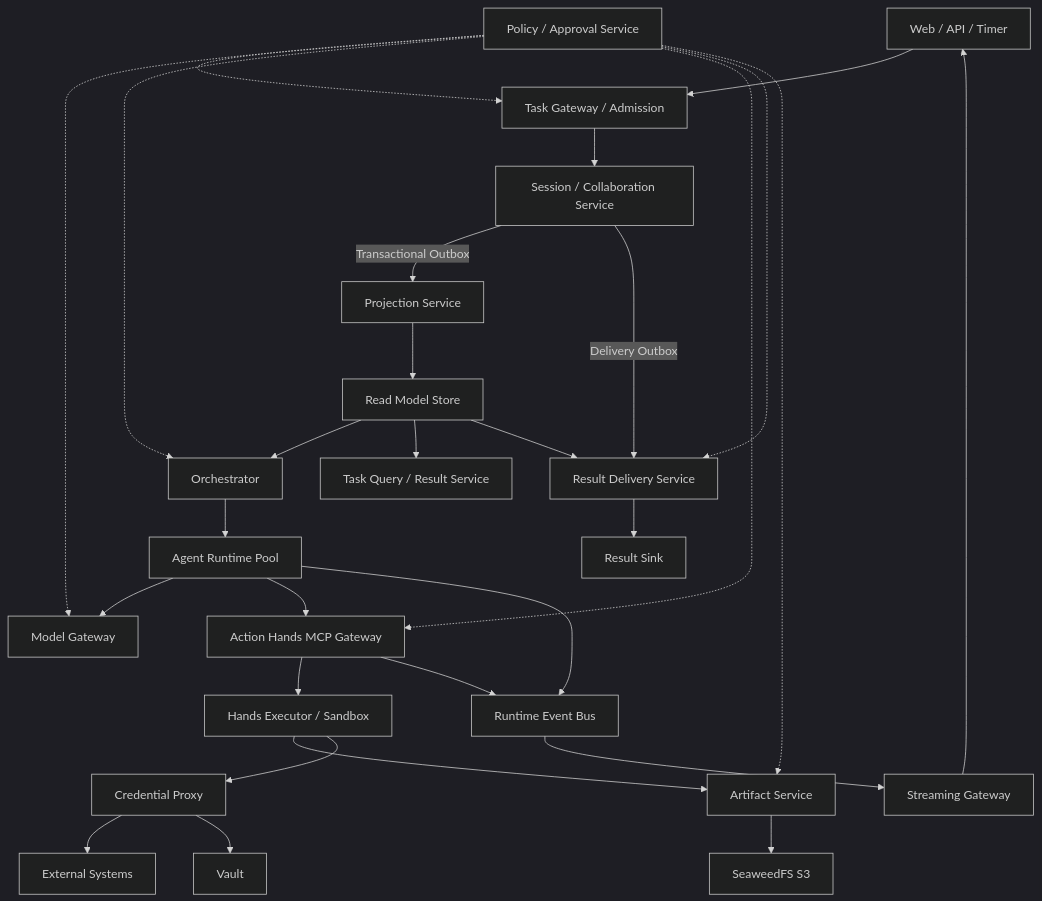
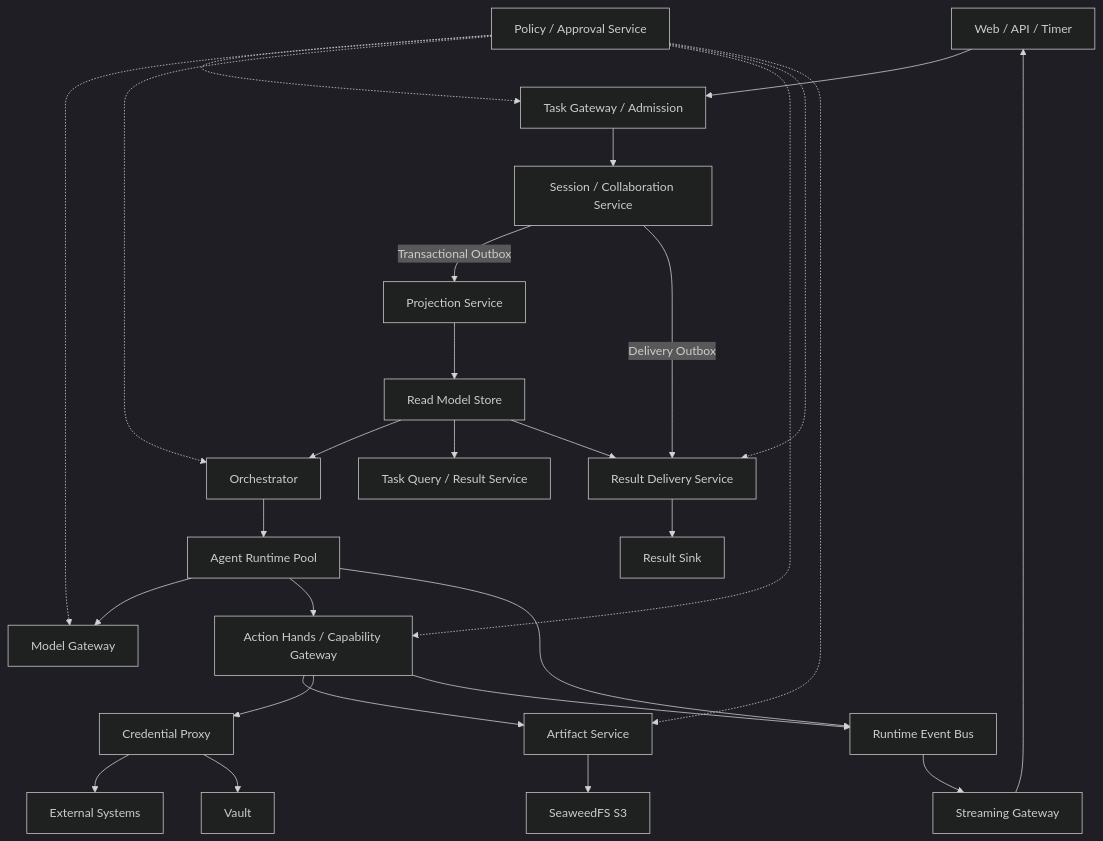
Before and after one commit to sushaofei/AuraClaw: the diagram in docs/architecture/system/00 Managed Agent 系统架构总览.md, drawn with Mermaid (dark theme). The commit also changed other lines of this file and 26 other files, not shown here.

First line of the commit message:
docs(architecture): align component docs with current implementation

````diff
--- a/docs/architecture/system/00 Managed Agent 系统架构总览.md
+++ b/docs/architecture/system/00 Managed Agent 系统架构总览.md
@@ -18,31 +46,30 @@
 ```mermaid
 flowchart TD
     Client[Web / API / Timer] --> TG[Task Gateway / Admission]
     TG --> SS[Session / Collaboration Service]
     SS -->|Transactional Outbox| PS[Projection Service]
     PS --> RM[Read Model Store]
     RM --> OR[Orchestrator]
     OR --> AR[Agent Runtime Pool]
     AR --> MG[Model Gateway]
-    AR --> TOOL[Action Hands MCP Gateway]
-    TOOL --> HANDS[Hands Executor / Sandbox]
-    HANDS --> ART[Artifact Service]
+    AR --> TOOL[Action Hands / Capability Gateway]
+    TOOL --> ART[Artifact Service]
     ART --> SW[SeaweedFS S3]
-    HANDS --> CP[Credential Proxy]
+    TOOL --> CP[Credential Proxy]
     CP --> EXT[External Systems]
     AR --> EB[Runtime Event Bus]
     TOOL --> EB
     EB --> SG[Streaming Gateway]
     SG --> Client
     RM --> QUERY[Task Query / Result Service]
     SS -->|Delivery Outbox| RD[Result Delivery Service]
     RM --> RD
     RD --> SINK[Result Sink]
     POLICY[Policy / Approval Service] -.-> TG
     POLICY -.-> MG
     POLICY -.-> OR
     POLICY -.-> TOOL
     POLICY -.-> RD
     POLICY -.-> ART
     CP --> VAULT[Vault]
 ```
````
